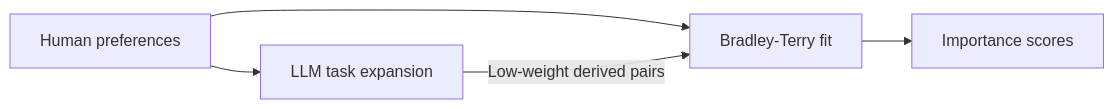
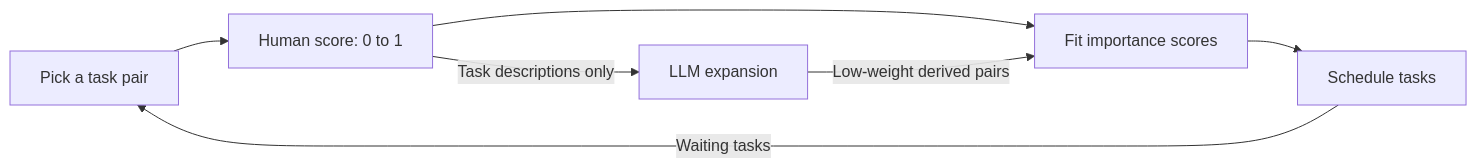
One commit to openai-hackathon/iases changed the second of 2 diagrams in README.md. Above: the diagram before and after it, drawn with Mermaid. The commit also changed other lines of this file, not shown here.

Commit message:
Simplify the task evolver loop

````diff
--- a/README.md
+++ b/README.md
@@ -33,7 +33,9 @@
 ```mermaid
 flowchart LR
-    Human["Human preferences"] --> Fit["Bradley-Terry fit"]
-    Fit --> Scores["Importance scores"]
-    Human --> Expand["LLM task expansion"]
+    Select["Pick a task pair"] --> Human["Human score: 0 to 1"]
+    Human --> Fit["Fit importance scores"]
+    Fit --> Scheduler["Schedule tasks"]
+    Scheduler -->|"Waiting tasks"| Select
+    Human -->|"Task descriptions only"| Expand["LLM expansion"]
     Expand -->|"Low-weight derived pairs"| Fit
 ```
````
